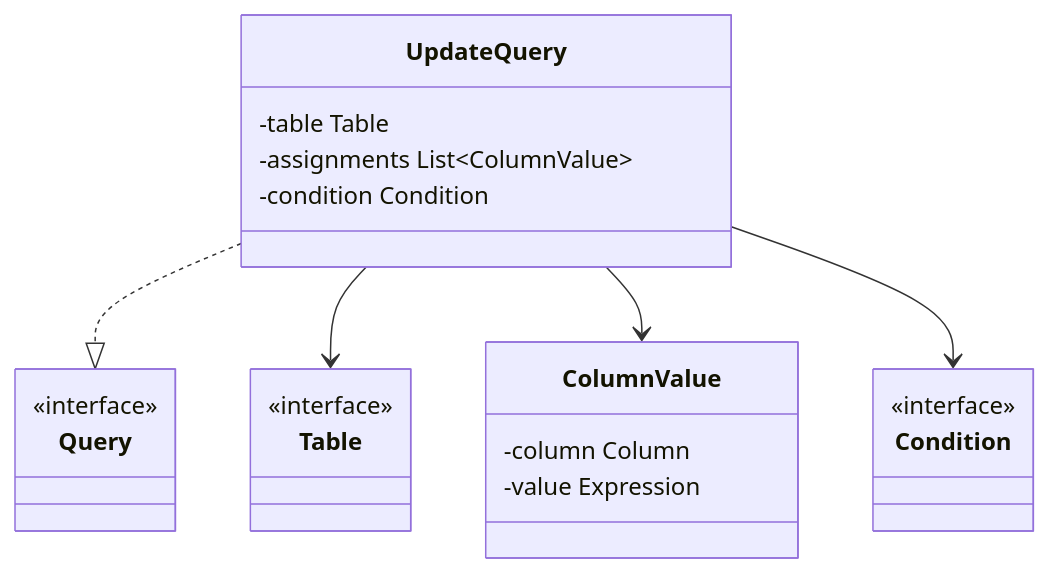
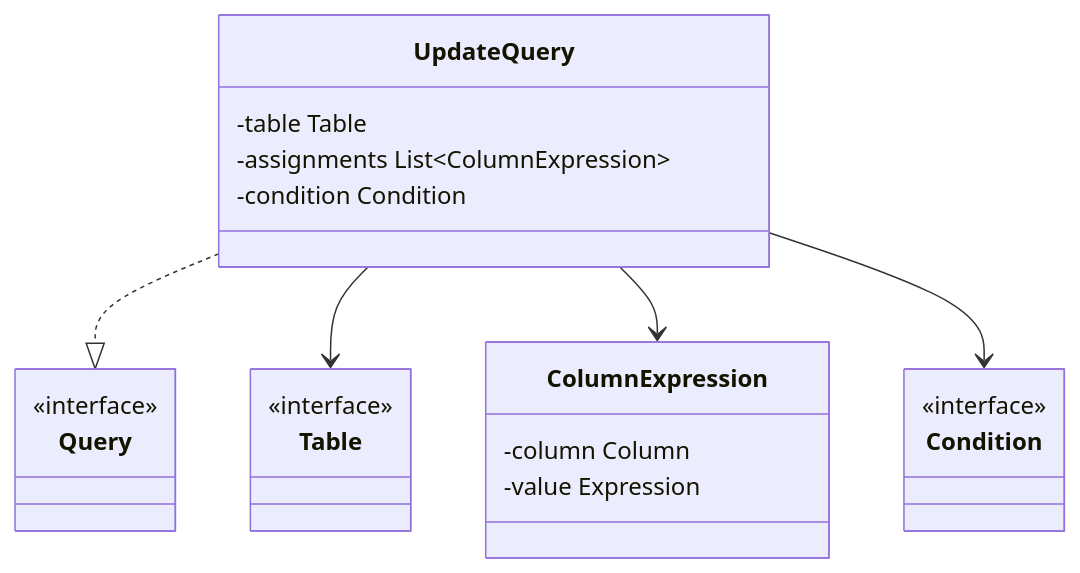
The ninth of 10 diagrams in docs/domain.md (safarislava/QueryBricks), drawn with Mermaid before and after one commit. The commit also changed other lines of this file, not shown here.

````diff
--- a/docs/domain.md
+++ b/docs/domain.md
@@ -290,29 +290,29 @@
 ```mermaid
 classDiagram
     class Table {
         <<interface>>
     }
 
     class Query {
         <<interface>>
     }
 
     class Condition {
         <<interface>>
     }
 
-    class ColumnValue {
+    class ColumnExpression {
         -column Column
         -value Expression
     }
 
     class UpdateQuery {
         -table Table
-        -assignments List~ColumnValue~
+        -assignments List~ColumnExpression~
         -condition Condition
     }
     UpdateQuery ..|> Query
     UpdateQuery --> Table
-    UpdateQuery --> ColumnValue
+    UpdateQuery --> ColumnExpression
     UpdateQuery --> Condition
 ```
````
